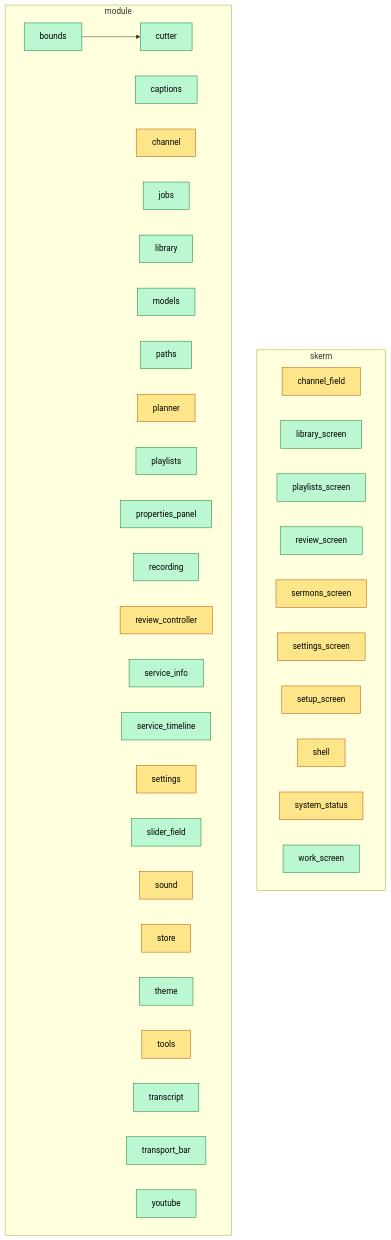
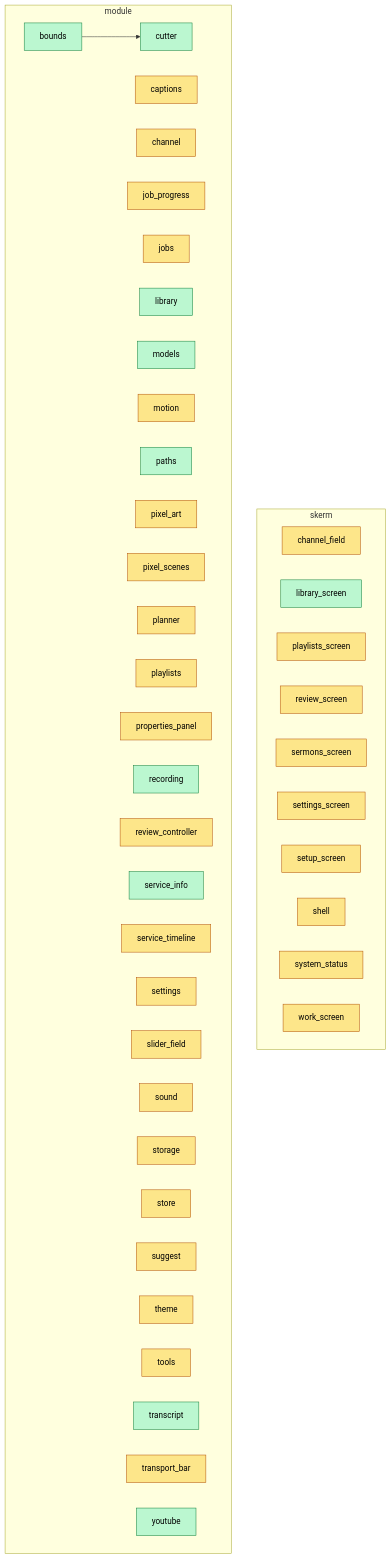
One commit to Schalk-Christiaan/ytsermon-prosessor changed the diagram in docs/kaart.md. Above: the diagram before and after it, drawn with Mermaid. The commit also changed other lines of this file and 2 other files, not shown here.

First line of the commit message:
status: gpu-en-spraak gemerge, release v2026.11.23

````diff
--- a/docs/kaart.md
+++ b/docs/kaart.md
@@ -189,45 +189,51 @@
 ```mermaid
 flowchart TB
   subgraph g0["skerm"]
     n3["channel_field"]:::bou
-    n7["library_screen"]:::klaar
-    n12["playlists_screen"]:::klaar
-    n16["review_screen"]:::klaar
-    n17["sermons_screen"]:::bou
-    n21["settings_screen"]:::bou
-    n22["setup_screen"]:::bou
-    n23["shell"]:::bou
-    n27["system_status"]:::bou
-    n32["work_screen"]:::klaar
+    n8["library_screen"]:::klaar
+    n16["playlists_screen"]:::bou
+    n20["review_screen"]:::bou
+    n21["sermons_screen"]:::bou
+    n25["settings_screen"]:::bou
+    n26["setup_screen"]:::bou
+    n27["shell"]:::bou
+    n33["system_status"]:::bou
+    n38["work_screen"]:::bou
   end
   subgraph g1["module"]
     n0["bounds"]:::klaar
-    n1["captions"]:::klaar
+    n1["captions"]:::bou
     n2["channel"]:::bou
     n4["cutter"]:::klaar
-    n5["jobs"]:::klaar
-    n6["library"]:::klaar
-    n8["models"]:::klaar
-    n9["paths"]:::klaar
-    n10["planner"]:::bou
-    n11["playlists"]:::klaar
-    n13["properties_panel"]:::klaar
-    n14["recording"]:::klaar
-    n15["review_controller"]:::bou
-    n18["service_info"]:::klaar
-    n19["service_timeline"]:::klaar
-    n20["settings"]:::bou
-    n24["slider_field"]:::klaar
-    n25["sound"]:::bou
-    n26["store"]:::bou
-    n28["theme"]:::klaar
-    n29["tools"]:::bou
-    n30["transcript"]:::klaar
-    n31["transport_bar"]:::klaar
-    n33["youtube"]:::klaar
+    n5["job_progress"]:::bou
+    n6["jobs"]:::bou
+    n7["library"]:::klaar
+    n9["models"]:::klaar
+    n10["motion"]:::bou
+    n11["paths"]:::klaar
+    n12["pixel_art"]:::bou
+    n13["pixel_scenes"]:::bou
+    n14["planner"]:::bou
+    n15["playlists"]:::bou
+    n17["properties_panel"]:::bou
+    n18["recording"]:::klaar
+    n19["review_controller"]:::bou
+    n22["service_info"]:::klaar
+    n23["service_timeline"]:::bou
+    n24["settings"]:::bou
+    n28["slider_field"]:::bou
+    n29["sound"]:::bou
+    n30["storage"]:::bou
+    n31["store"]:::bou
+    n32["suggest"]:::bou
+    n34["theme"]:::bou
+    n35["tools"]:::bou
+    n36["transcript"]:::klaar
+    n37["transport_bar"]:::bou
+    n39["youtube"]:::klaar
   end
   n0 --> n4
   classDef bou fill:#fde68a,stroke:#b45309,color:#000
   classDef klaar fill:#bbf7d0,stroke:#15803d,color:#000
   classDef stukkend fill:#fecaca,stroke:#b91c1c,color:#000
 ```
````
